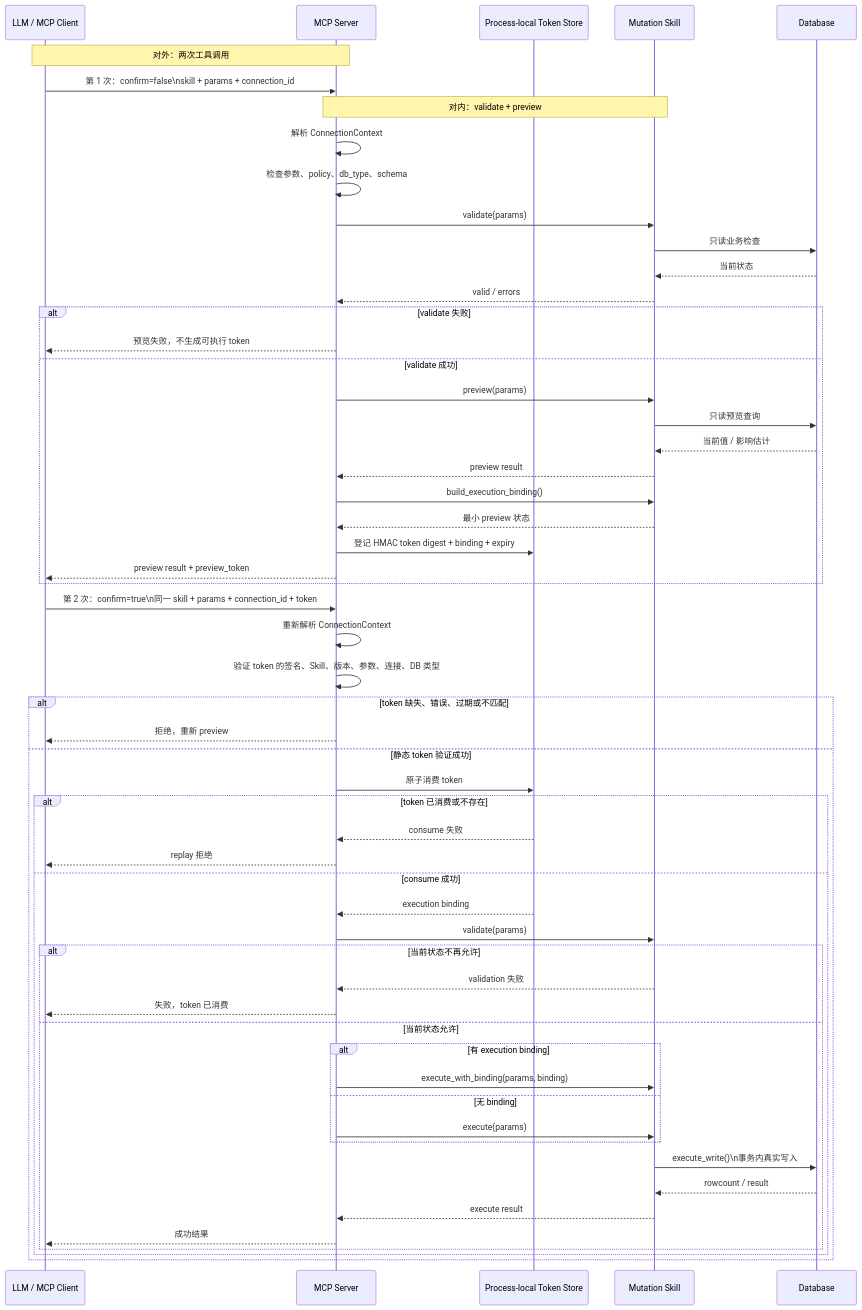
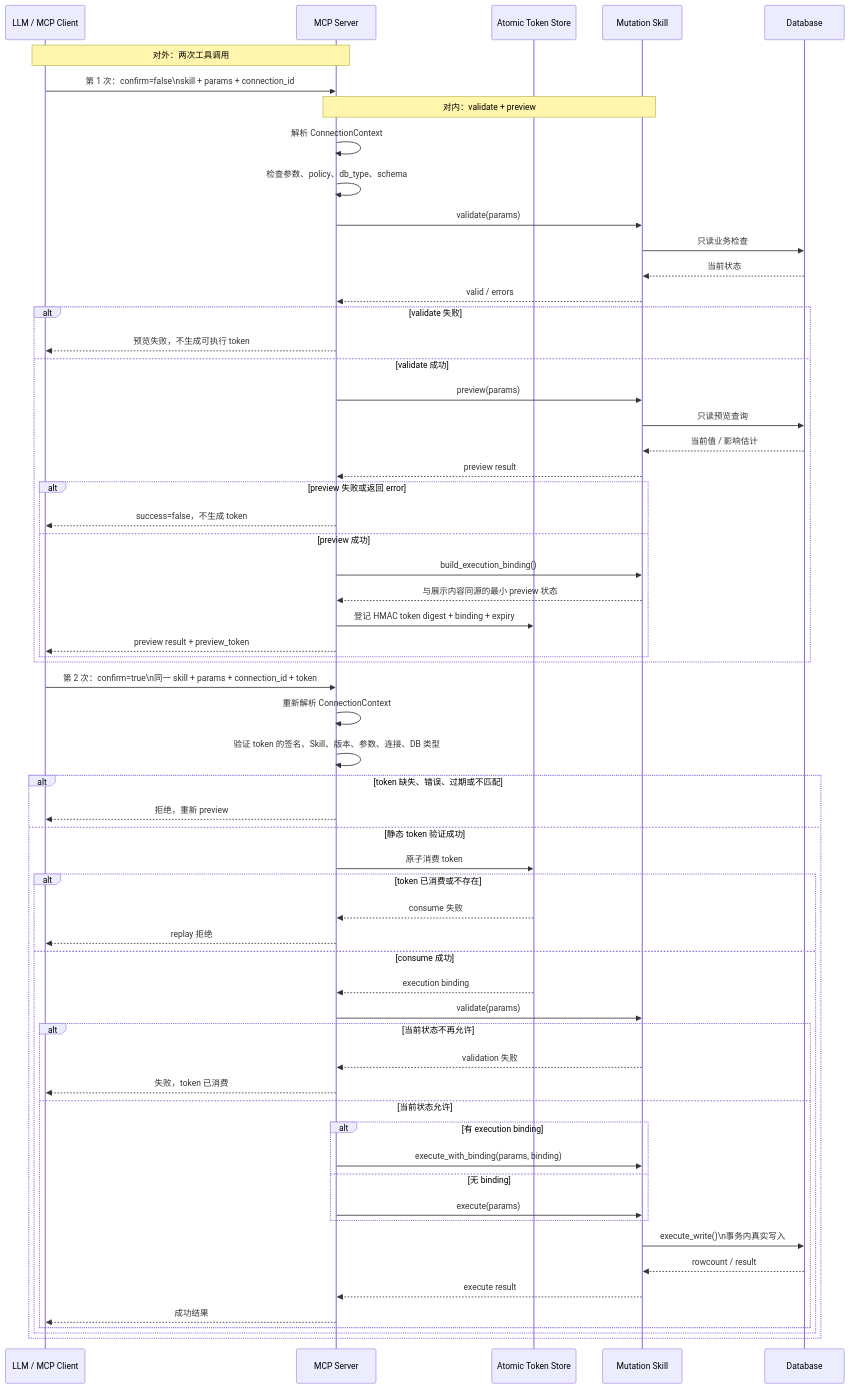
Before and after one commit to Firstmeridian/llm-sql-safety-executor-mcp: the fifth of 5 diagrams in RELEASE_NOTES/GUIDE/V3_5_V3_6_SKILLS_GUIDE_ZH.md, drawn with Mermaid. The commit also changed other lines of this file and 26 other files, not shown here.

First line of the commit message:
fix(v3.6.1): harden mutation preview-token lifecycle

````diff
--- a/RELEASE_NOTES/GUIDE/V3_5_V3_6_SKILLS_GUIDE_ZH.md
+++ b/RELEASE_NOTES/GUIDE/V3_5_V3_6_SKILLS_GUIDE_ZH.md
@@ -610,63 +647,67 @@
 ```mermaid
 sequenceDiagram
     participant Agent as LLM / MCP Client
     participant Server as MCP Server
-    participant Store as Process-local Token Store
+    participant Store as Atomic Token Store
     participant Skill as Mutation Skill
     participant DB as Database
 
     Note over Agent,Server: 对外：两次工具调用
     Agent->>Server: 第 1 次：confirm=false\nskill + params + connection_id
 
     Note over Server,Skill: 对内：validate + preview
     Server->>Server: 解析 ConnectionContext
     Server->>Server: 检查参数、policy、db_type、schema
     Server->>Skill: validate(params)
     Skill->>DB: 只读业务检查
     DB-->>Skill: 当前状态
     Skill-->>Server: valid / errors
 
     alt validate 失败
         Server-->>Agent: 预览失败，不生成可执行 token
     else validate 成功
         Server->>Skill: preview(params)
         Skill->>DB: 只读预览查询
         DB-->>Skill: 当前值 / 影响估计
         Skill-->>Server: preview result
-        Server->>Skill: build_execution_binding()
-        Skill-->>Server: 最小 preview 状态
-        Server->>Store: 登记 HMAC token digest + binding + expiry
-        Server-->>Agent: preview result + preview_token
+        alt preview 失败或返回 error
+            Server-->>Agent: success=false，不生成 token
+        else preview 成功
+            Server->>Skill: build_execution_binding()
+            Skill-->>Server: 与展示内容同源的最小 preview 状态
+            Server->>Store: 登记 HMAC token digest + binding + expiry
+            Server-->>Agent: preview result + preview_token
+        end
     end
 
     Agent->>Server: 第 2 次：confirm=true\n同一 skill + params + connection_id + token
     Server->>Server: 重新解析 ConnectionContext
     Server->>Server: 验证 token 的签名、Skill、版本、参数、连接、DB 类型
 
     alt token 缺失、错误、过期或不匹配
         Server-->>Agent: 拒绝，重新 preview
     else 静态 token 验证成功
         Server->>Store: 原子消费 token
         alt token 已消费或不存在
             Store-->>Server: consume 失败
             Server-->>Agent: replay 拒绝
         else consume 成功
             Store-->>Server: execution binding
             Server->>Skill: validate(params)
             alt 当前状态不再允许
                 Skill-->>Server: validation 失败
                 Server-->>Agent: 失败，token 已消费
             else 当前状态允许
                 alt 有 execution binding
                     Server->>Skill: execute_with_binding(params, binding)
                 else 无 binding
                     Server->>Skill: execute(params)
                 end
                 Skill->>DB: execute_write()\n事务内真实写入
                 DB-->>Skill: rowcount / result
                 Skill-->>Server: execute result
                 Server-->>Agent: 成功结果
             end
         end
     end
 ```
````
